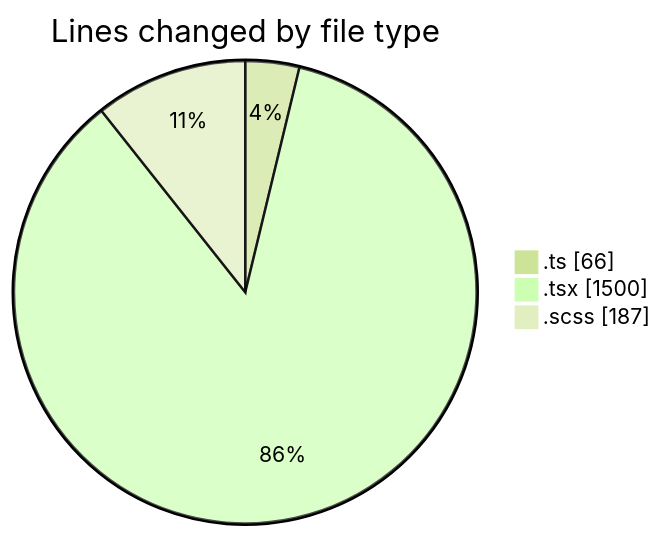
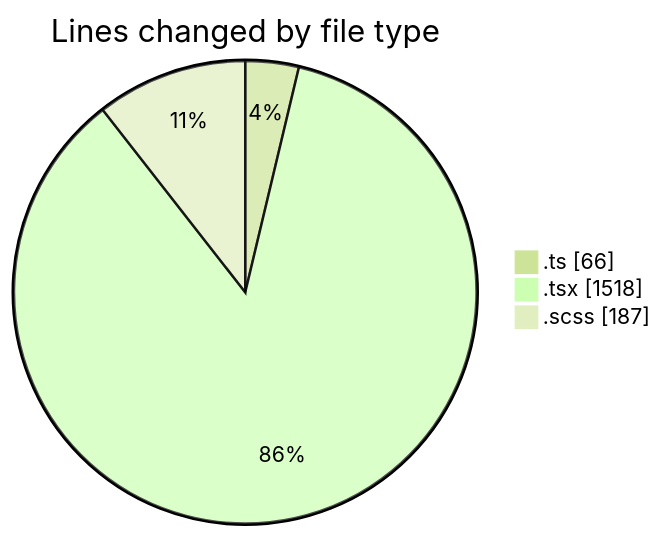
Before and after one commit to momahboobian/code-tracking: the first of 2 diagrams in 2025-03-21/cda/README.md, drawn with Mermaid (forest theme). The commit also changed other lines of this file and 1 other file, not shown here.

````diff
--- a/2025-03-21/cda/README.md
+++ b/2025-03-21/cda/README.md
@@ -32,7 +32,7 @@
 ```mermaid
 pie showData
 title Lines changed by file type
 ".ts" : 66
-".tsx" : 1500
+".tsx" : 1518
 ".scss" : 187
 ```
````
